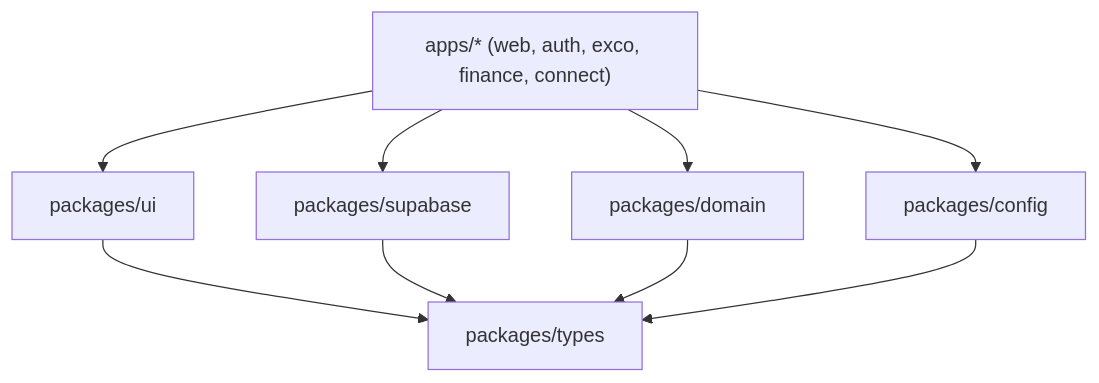
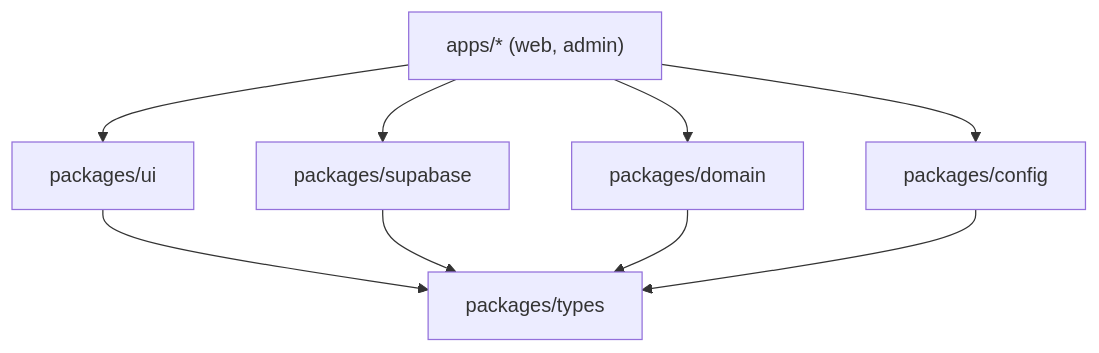
One commit to Allen-Brian/shesa-web-and-admin changed the diagram in docs/standards/frontend.md. Above: the diagram before and after it, drawn with Mermaid. The commit also changed other lines of this file and 3 other files, not shown here.

````diff
--- a/docs/standards/frontend.md
+++ b/docs/standards/frontend.md
@@ -56,19 +55,19 @@
 ```mermaid
 flowchart TD
-  apps["apps/* (web, auth, exco, finance, connect)"]
+  apps["apps/* (web, admin)"]
   ui["packages/ui"]
   supa["packages/supabase"]
   domain["packages/domain"]
   config["packages/config"]
   types["packages/types"]
 
   apps --> ui
   apps --> supa
   apps --> domain
   apps --> config
 
   ui --> types
   supa --> types
   domain --> types
   config --> types
 ```
````
